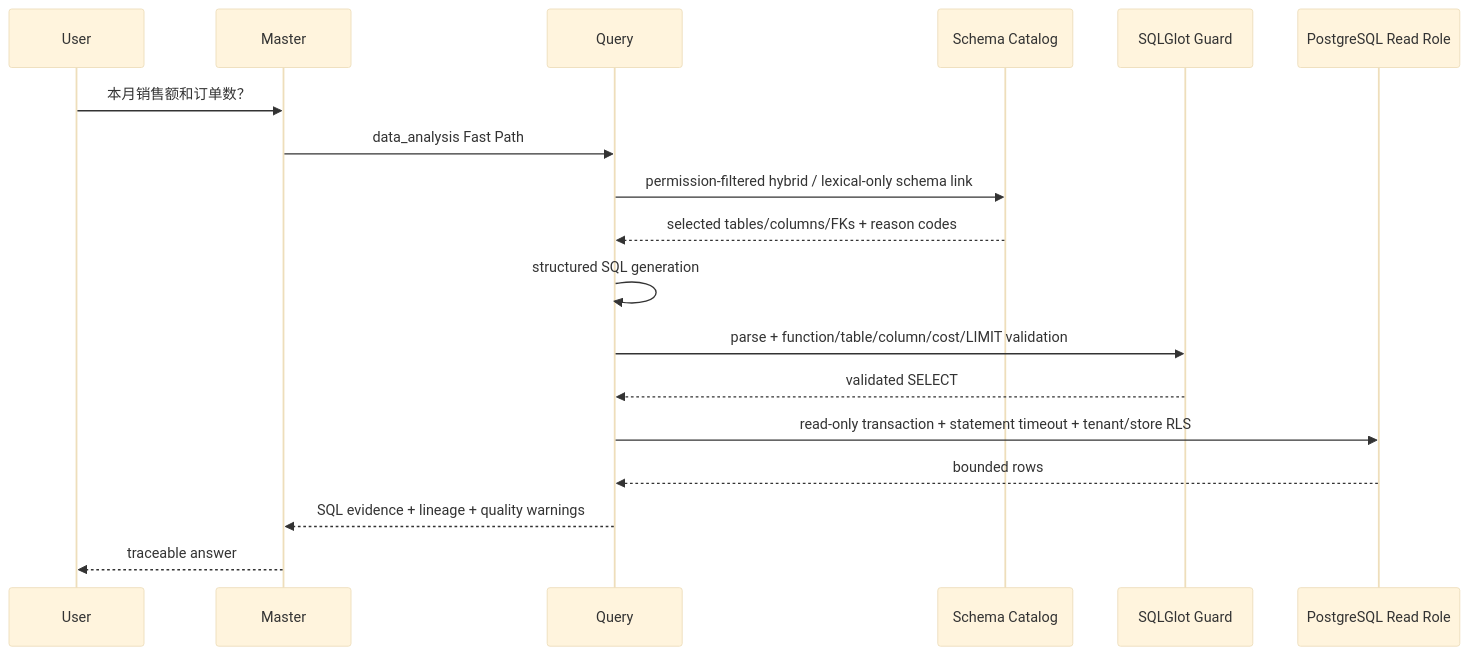
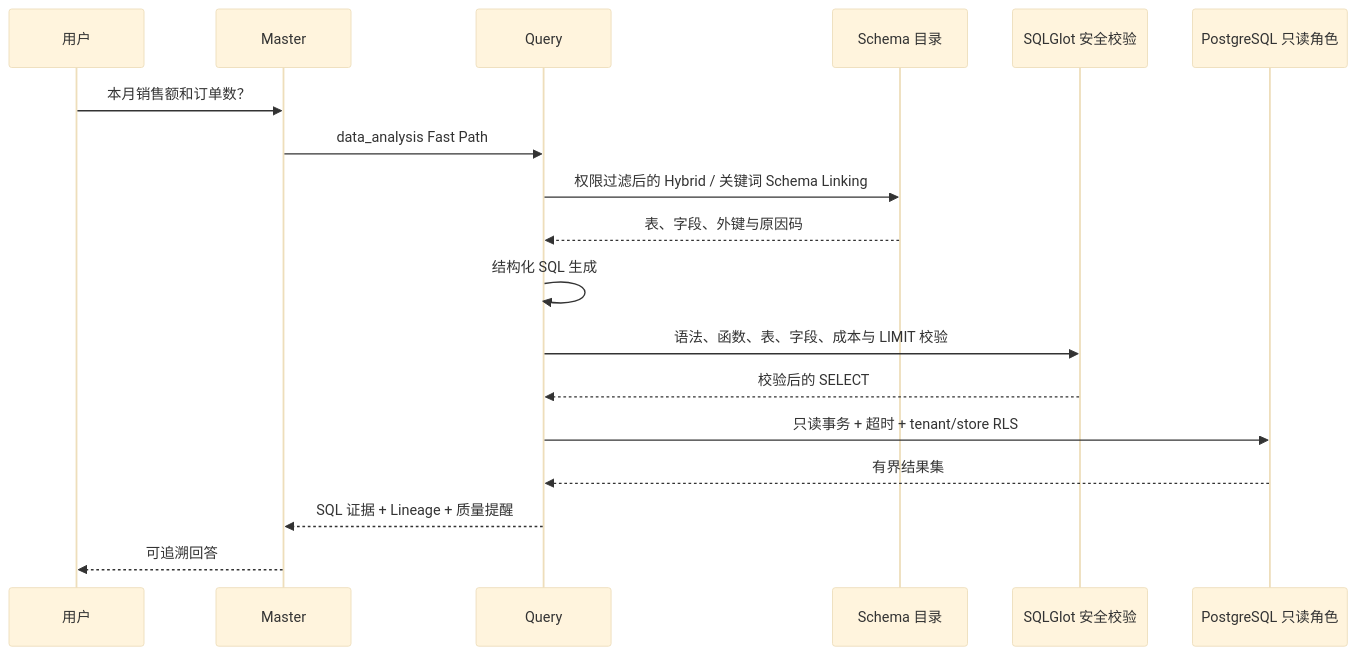
Before and after one commit to wz13814990585-sudo/EcomPilot: the first of 5 diagrams in docs/architecture.md, drawn with Mermaid (base theme). The commit also changed other lines of this file and 10 other files, not shown here.

````diff
--- a/docs/architecture.md
+++ b/docs/architecture.md
@@ -24,20 +24,20 @@
 ```mermaid
 sequenceDiagram
-    participant U as User
+    participant U as 用户
     participant M as Master
     participant Q as Query
-    participant C as Schema Catalog
-    participant V as SQLGlot Guard
-    participant DB as PostgreSQL Read Role
+    participant C as Schema 目录
+    participant V as SQLGlot 安全校验
+    participant DB as PostgreSQL 只读角色
     U->>M: 本月销售额和订单数？
     M->>Q: data_analysis Fast Path
-    Q->>C: permission-filtered hybrid / lexical-only schema link
-    C-->>Q: selected tables/columns/FKs + reason codes
-    Q->>Q: structured SQL generation
-    Q->>V: parse + function/table/column/cost/LIMIT validation
-    V-->>Q: validated SELECT
-    Q->>DB: read-only transaction + statement timeout + tenant/store RLS
-    DB-->>Q: bounded rows
-    Q-->>M: SQL evidence + lineage + quality warnings
-    M-->>U: traceable answer
+    Q->>C: 权限过滤后的 Hybrid / 关键词 Schema Linking
+    C-->>Q: 表、字段、外键与原因码
+    Q->>Q: 结构化 SQL 生成
+    Q->>V: 语法、函数、表、字段、成本与 LIMIT 校验
+    V-->>Q: 校验后的 SELECT
+    Q->>DB: 只读事务 + 超时 + tenant/store RLS
+    DB-->>Q: 有界结果集
+    Q-->>M: SQL 证据 + Lineage + 质量提醒
+    M-->>U: 可追溯回答
 ```
````
